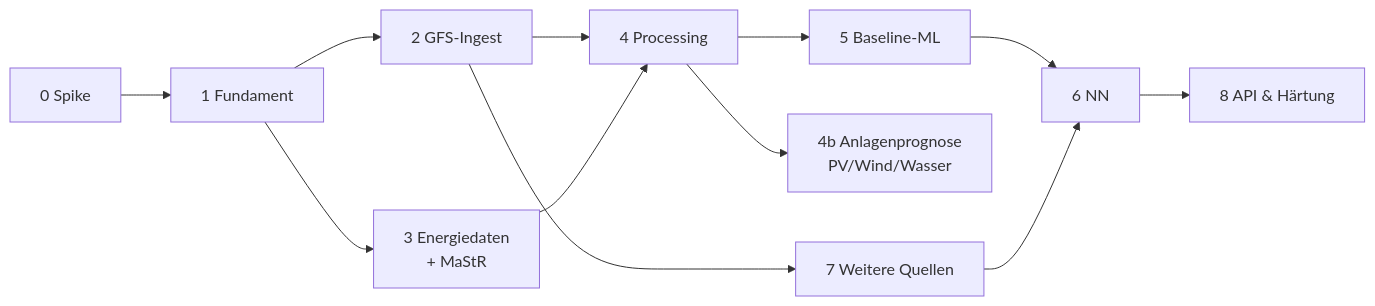
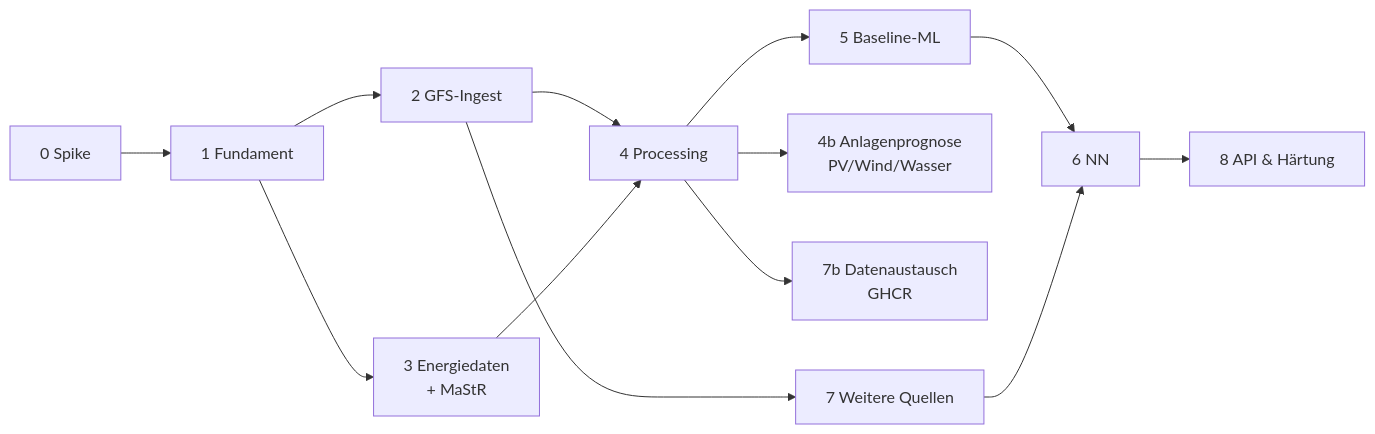
Before and after one commit to the78mole/PredictionDB: diagram 18 of 18 in docs/ARCHITEKTUR.md, drawn with Mermaid. The commit also changed other lines of this file, not shown here.

First line of the commit message:
docs(architektur): Datenaustausch verdichteter Wetterdaten über GHCR

````diff
--- a/docs/ARCHITEKTUR.md
+++ b/docs/ARCHITEKTUR.md
@@ -1455,12 +1545,13 @@
 ```mermaid
 flowchart LR
     P0["0 Spike"] --> P1["1 Fundament"] --> P2["2 GFS-Ingest"]
     P1 --> P3["3 Energiedaten<br/>+ MaStR"]
     P2 --> P4["4 Processing"]
     P3 --> P4
     P4 --> P5["5 Baseline-ML"] --> P6["6 NN"]
     P4 --> P4B["4b Anlagenprognose<br/>PV/Wind/Wasser"]
+    P4 --> P7B["7b Datenaustausch<br/>GHCR"]
     P2 --> P7["7 Weitere Quellen"]
     P7 --> P6
     P6 --> P8["8 API & Härtung"]
 ```
````
